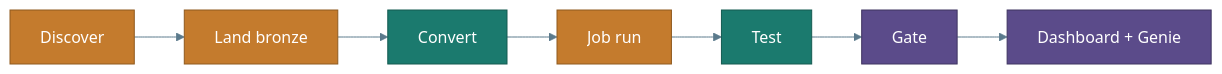
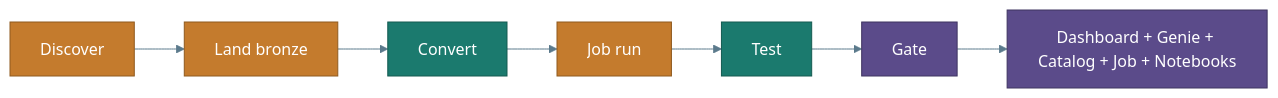
The second of 4 diagrams in docs/what-you-get.md (Jericho2010/edwmigration), drawn with Mermaid before and after one commit. The commit also changed other lines of this file and 44 other files, not shown here.

````diff
--- a/docs/what-you-get.md
+++ b/docs/what-you-get.md
@@ -58,16 +58,16 @@
 ```mermaid
 %%{init: {"theme":"base","themeVariables":{"primaryColor":"#E8F1F8","primaryTextColor":"#0B3D5C","primaryBorderColor":"#0B3D5C","lineColor":"#5B7A8C","secondaryColor":"#E6F4F1","tertiaryColor":"#F7F3EA","background":"#FFFFFF","mainBkg":"#E8F1F8","clusterBkg":"#F7FAFC","clusterBorder":"#5B7A8C","titleColor":"#0B3D5C","edgeLabelBackground":"#FFFFFF"}}}%%
 flowchart LR
   D[Discover] --> L[Land bronze]
   L --> C[Convert]
   C --> J[Job run]
   J --> T[Test]
   T --> G[Gate]
-  G --> O[Dashboard + Genie]
+  G --> O[Dashboard + Genie + Catalog + Job + Notebooks]
   classDef work fill:#C47B2D,stroke:#8F5A1F,color:#fff
   classDef agent fill:#1B7A6E,stroke:#145A51,color:#fff
   classDef ops fill:#5B4B8A,stroke:#3F3460,color:#fff
   class D,L,J work
   class C,T agent
   class G,O ops
 ```
````
